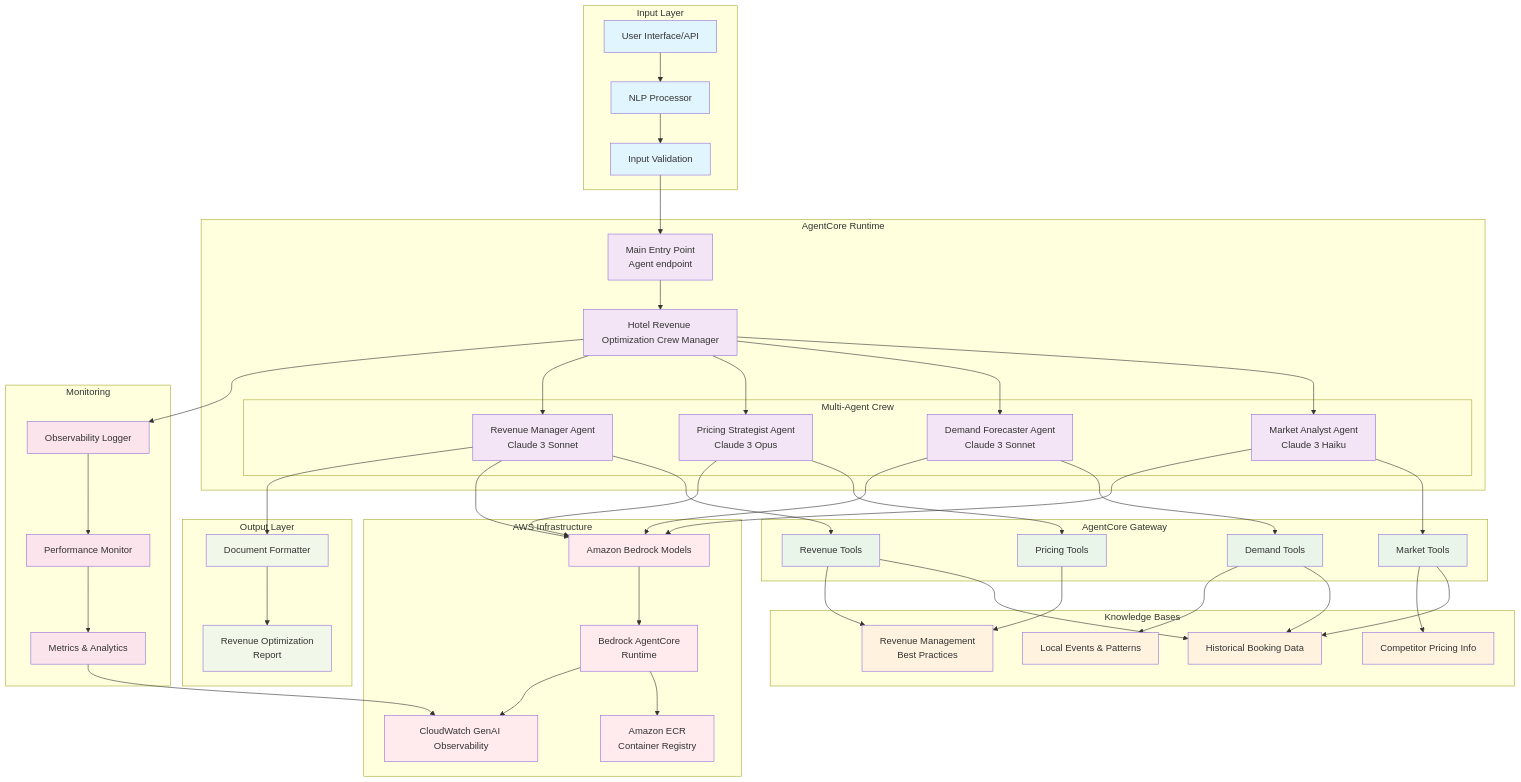
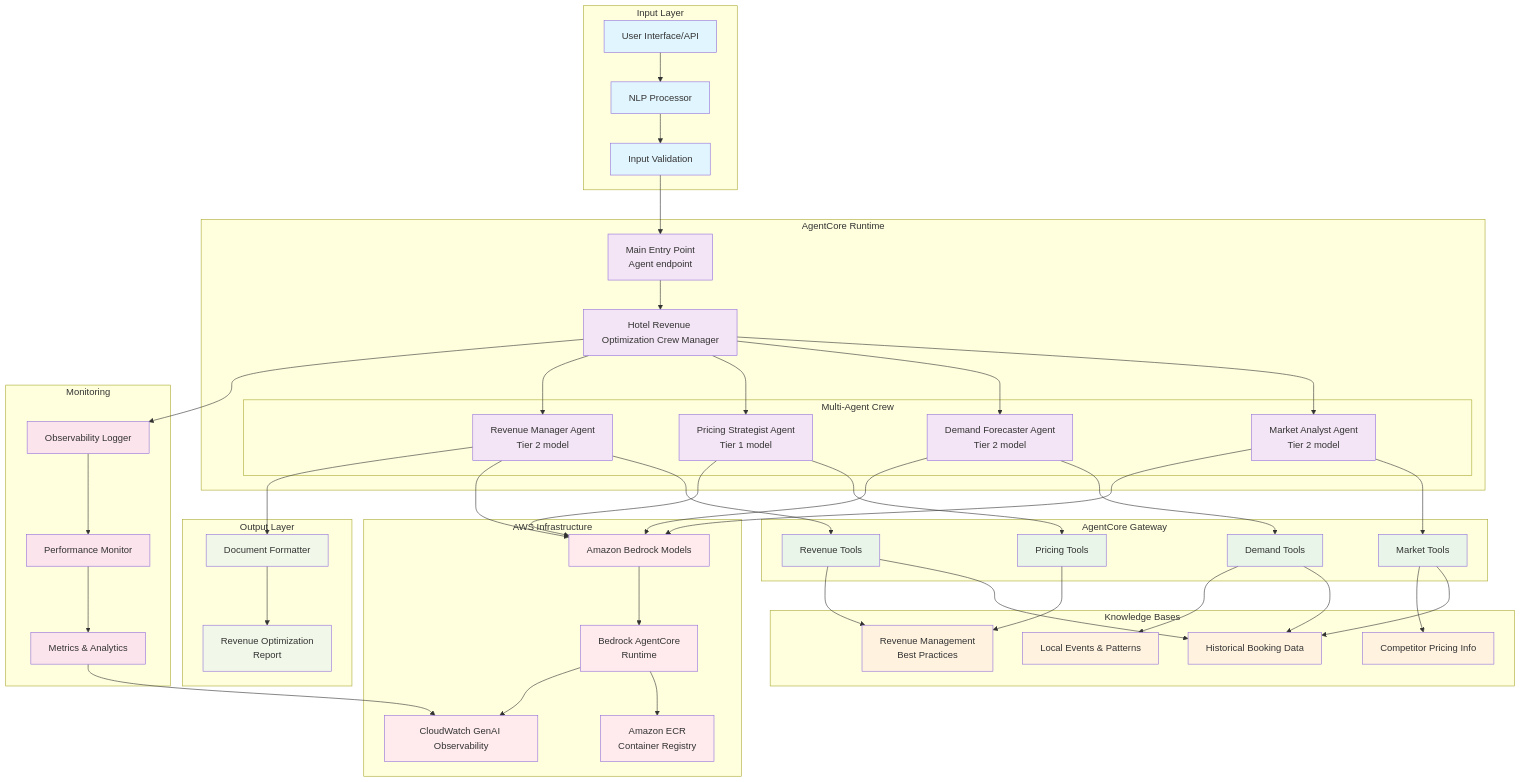
One commit to aws-samples/sample-ai-hotel-revenue-management-system changed the first of 4 diagrams in hotel_revenue_optimization/README.md. Above: the diagram before and after it, drawn with Mermaid. The commit also changed other lines of this file and 4 other files, not shown here.

```diff
--- a/hotel_revenue_optimization/README.md
+++ b/hotel_revenue_optimization/README.md
@@ -52,10 +52,10 @@
         CREW["Hotel Revenue Optimization Crew Manager"]
         
         subgraph "Multi-Agent Crew"
-            MA[Market Analyst Agent<br/>Claude 3 Haiku]
-            DF[Demand Forecaster Agent<br/>Claude 3 Sonnet]
-            PS[Pricing Strategist Agent<br/>Claude 3 Opus]
-            RM[Revenue Manager Agent<br/>Claude 3 Sonnet]
+            MA[Market Analyst Agent<br/>Tier 2 model]
+            DF[Demand Forecaster Agent<br/>Tier 2 model]
+            PS[Pricing Strategist Agent<br/>Tier 1 model]
+            RM[Revenue Manager Agent<br/>Tier 2 model]
         end
     end
 
```
